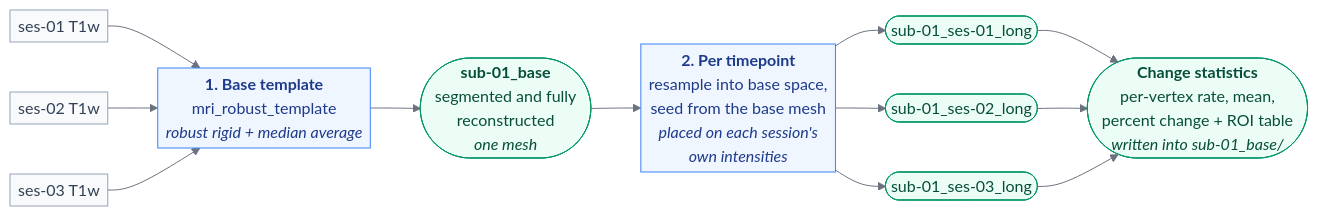
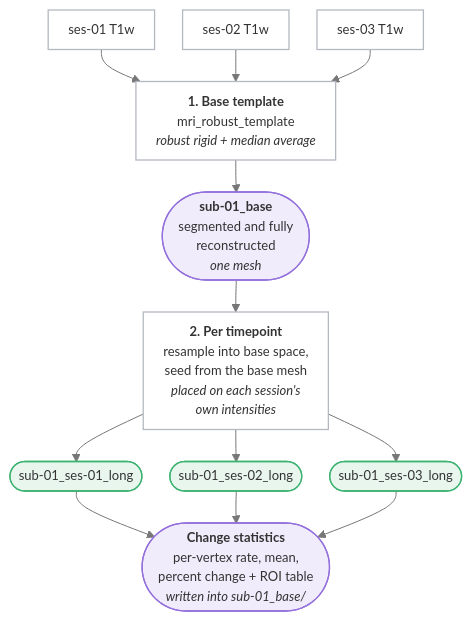
One commit to brainana/brainana changed the diagram in docs/synthesis_level.rst. Above: the diagram before and after it, drawn with Mermaid. The commit also changed other lines of this file and 19 other files, not shown here.

```diff
--- a/docs/synthesis_level.rst
+++ b/docs/synthesis_level.rst
@@ -82,33 +85,34 @@
 .. mermaid::
+   :caption: Longitudinal stream. Purple: subject-level outputs, written into sub-01_base/; green: per-session outputs.
 
-   %%{init: {'theme': 'base', 'themeVariables': {'primaryColor': '#eef2ff', 'primaryBorderColor': '#6366f1', 'primaryTextColor': '#1e1b4b', 'lineColor': '#6b7280', 'edgeLabelBackground': '#f8fafc'}, 'flowchart': {'curve': 'basis', 'htmlLabels': true, 'padding': 4, 'diagramPadding': 2, 'useMaxWidth': false}}}%%
-   flowchart LR
+   %%{init: {'theme': 'base', 'themeVariables': {'fontFamily': 'Lato, Helvetica Neue, Arial, sans-serif', 'fontSize': '13px', 'primaryColor': '#ffffff', 'primaryBorderColor': '#b4b9c1', 'primaryTextColor': '#333333', 'lineColor': '#777777', 'edgeLabelBackground': '#ffffff'}, 'flowchart': {'curve': 'basis', 'htmlLabels': true, 'padding': 10, 'diagramPadding': 2, 'nodeSpacing': 28, 'rankSpacing': 32, 'useMaxWidth': false}}}%%
+   flowchart TB
        S1["ses-01 T1w"]
        S2["ses-02 T1w"]
        S3["ses-03 T1w"]
        RT["<b>1. Base template</b><br/>mri_robust_template<br/><i>robust rigid + median average</i>"]
        BASE(["<b>sub-01_base</b><br/>segmented and fully<br/>reconstructed<br/><i>one mesh</i>"])
        TP["<b>2. Per timepoint</b><br/>resample into base space,<br/>seed from the base mesh<br/><i>placed on each session's<br/>own intensities</i>"]
        L1(["sub-01_ses-01_long"])
        L2(["sub-01_ses-02_long"])
        L3(["sub-01_ses-03_long"])
        ST(["<b>Change statistics</b><br/>per-vertex rate, mean,<br/>percent change + ROI table<br/><i>written into sub-01_base/</i>"])
 
        S1 --> RT
        S2 --> RT
        S3 --> RT
        RT --> BASE
        BASE --> TP
        TP --> L1
        TP --> L2
        TP --> L3
        L1 --> ST
        L2 --> ST
        L3 --> ST
 
-       classDef result fill:#ecfdf5,stroke:#059669,color:#064e3b
-       classDef proc   fill:#eff6ff,stroke:#3b82f6,color:#1e3a8a
-       classDef input  fill:#f8fafc,stroke:#94a3b8,color:#334155
-       class S1,S2,S3 input
-       class RT,TP proc
-       class BASE,L1,L2,L3,ST result
+       classDef neutral fill:#ffffff,stroke:#b4b9c1,color:#333333,stroke-width:1.3px
+       classDef purple  fill:#f1ecfb,stroke:#9370db,color:#333333,stroke-width:1.3px
+       classDef green   fill:#e8f6ee,stroke:#3cb371,color:#333333,stroke-width:1.3px
+       class S1,S2,S3,RT,TP neutral
+       class BASE,ST purple
+       class L1,L2,L3 green
```
